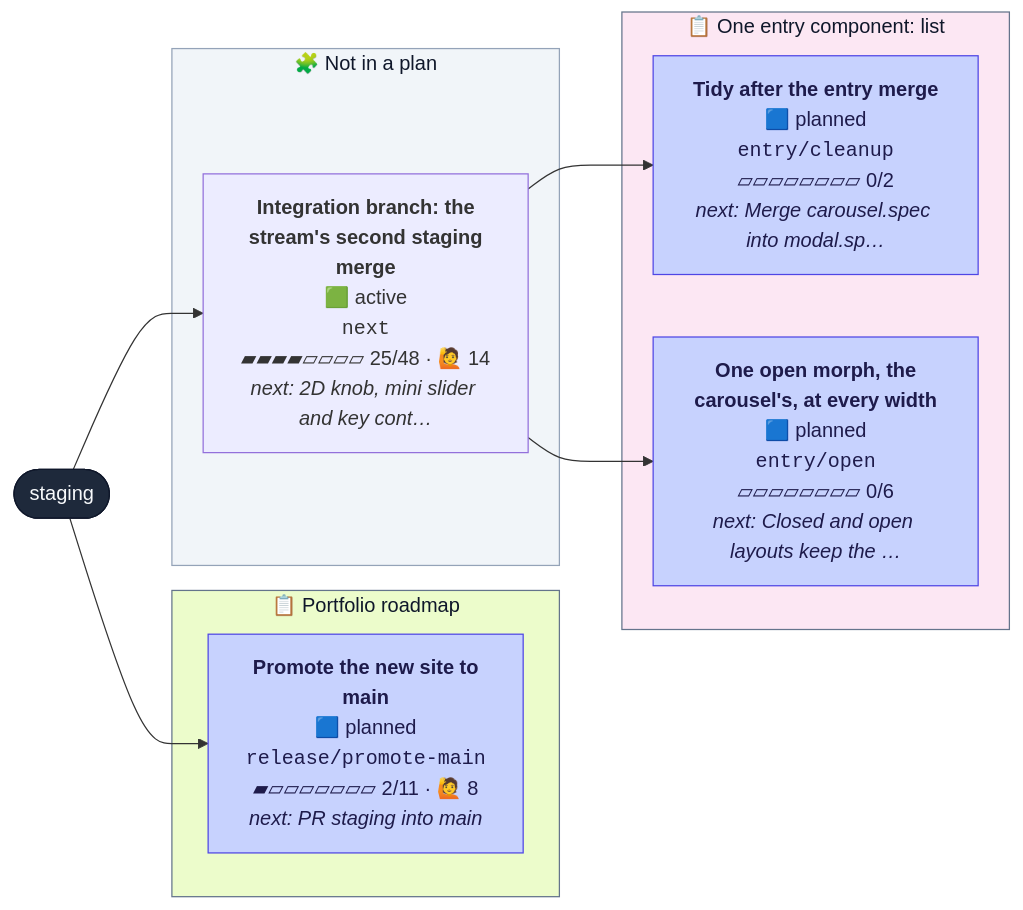
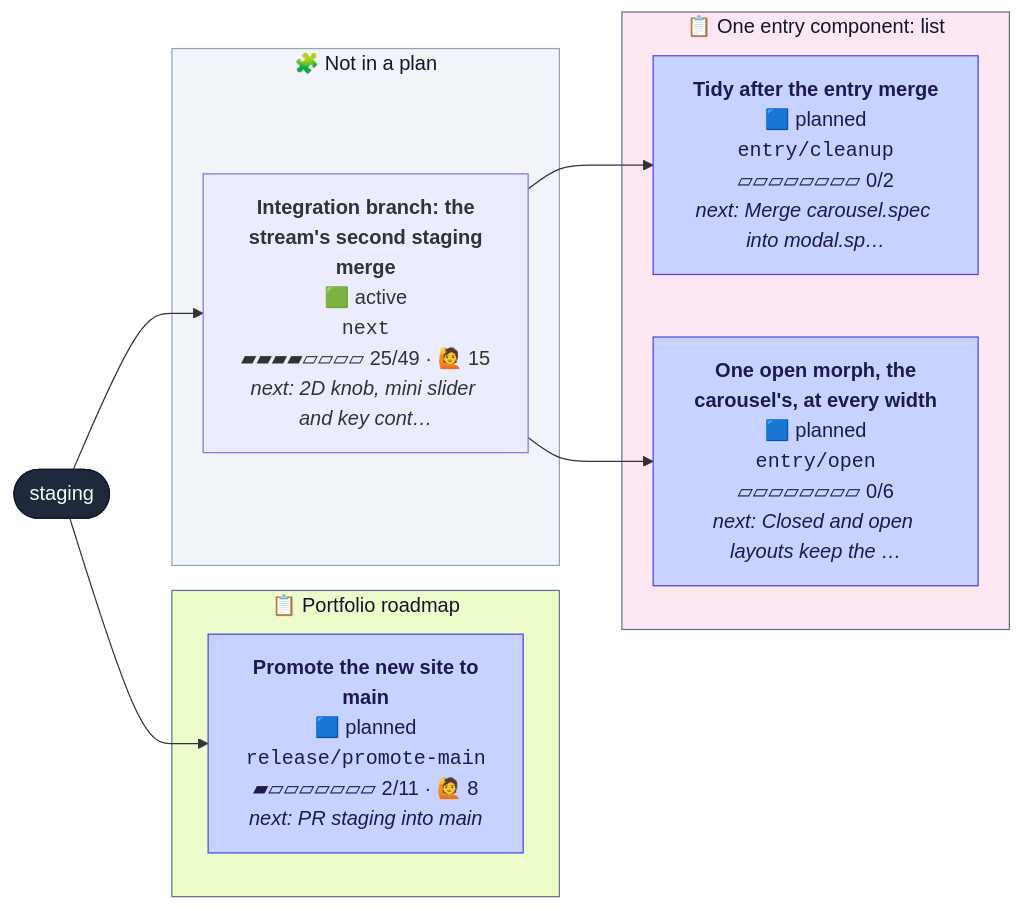
Before and after one commit to henryjonescodes/portfolio: the second of 2 diagrams in CONTRIBUTING.md, drawn with Mermaid. The commit also changed other lines of this file and 1 other file, not shown here.

````diff
--- a/CONTRIBUTING.md
+++ b/CONTRIBUTING.md
@@ -78,35 +78,35 @@
 ```mermaid
 flowchart LR
   n_staging([staging])
   class n_staging trunk
   subgraph plan_1["📋 One entry component: list"]
     n_entry_cleanup["<b>Tidy after the entry merge</b><br/>🟦 planned<br/><code>entry/cleanup</code><br/>▱▱▱▱▱▱▱▱ 0/2<br/><i>next: Merge carousel.spec into modal.sp…</i>"]
     class n_entry_cleanup planned
     n_entry_open["<b>One open morph, the<br/>carousel's, at every width</b><br/>🟦 planned<br/><code>entry/open</code><br/>▱▱▱▱▱▱▱▱ 0/6<br/><i>next: Closed and open layouts keep the …</i>"]
     class n_entry_open planned
   end
   style plan_1 fill:#fce7f3,stroke:#64748b,color:#0f172a
   subgraph plan_2["📋 Portfolio roadmap"]
     n_release_promote_main["<b>Promote the new site to<br/>main</b><br/>🟦 planned<br/><code>release/promote-main</code><br/>▰▱▱▱▱▱▱▱ 2/11 · 🙋 8<br/><i>next: PR staging into main</i>"]
     class n_release_promote_main planned
   end
   style plan_2 fill:#ecfccb,stroke:#64748b,color:#0f172a
   subgraph loose["🧩 Not in a plan"]
-    n_next["<b>Integration branch: the<br/>stream's second staging<br/>merge</b><br/>🟩 active<br/><code>next</code><br/>▰▰▰▰▱▱▱▱ 25/48 · 🙋 14<br/><i>next: 2D knob, mini slider and key cont…</i>"]
+    n_next["<b>Integration branch: the<br/>stream's second staging<br/>merge</b><br/>🟩 active<br/><code>next</code><br/>▰▰▰▰▱▱▱▱ 25/49 · 🙋 15<br/><i>next: 2D knob, mini slider and key cont…</i>"]
     class n_next active,current
   end
   style loose fill:#f1f5f9,stroke:#94a3b8,color:#0f172a
   n_next --> n_entry_cleanup
   n_next --> n_entry_open
   n_staging --> n_next
   n_staging --> n_release_promote_main
   classDef merged fill:#dcfce7,stroke:#16a34a,color:#052e16
   classDef todo fill:#ffffff,stroke:#94a3b8,stroke-dasharray:2 2,color:#334155
   classDef planned fill:#c7d2fe,stroke:#4f46e5,color:#1e1b4b
   classDef sketched fill:#f8fafc,stroke:#64748b,stroke-dasharray:4 3,color:#334155
   classDef active fill:#bbf7d0,stroke:#16a34a,stroke-width:3px,color:#052e16
   classDef review fill:#fde68a,stroke:#d97706,stroke-width:3px,color:#451a03
   classDef blocked fill:#fecaca,stroke:#dc2626,stroke-width:3px,color:#450a0a
   classDef trunk fill:#1e293b,stroke:#0f172a,color:#f8fafc
   classDef current stroke:#0ea5e9,stroke-width:5px
 ```
````
